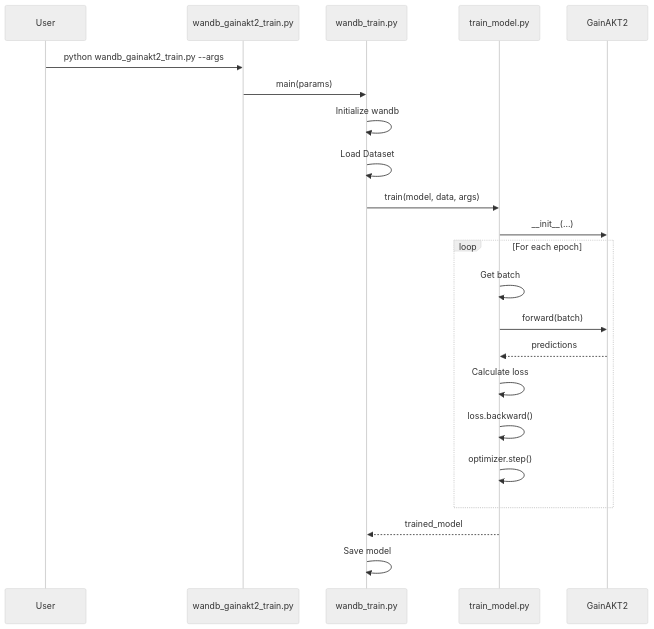
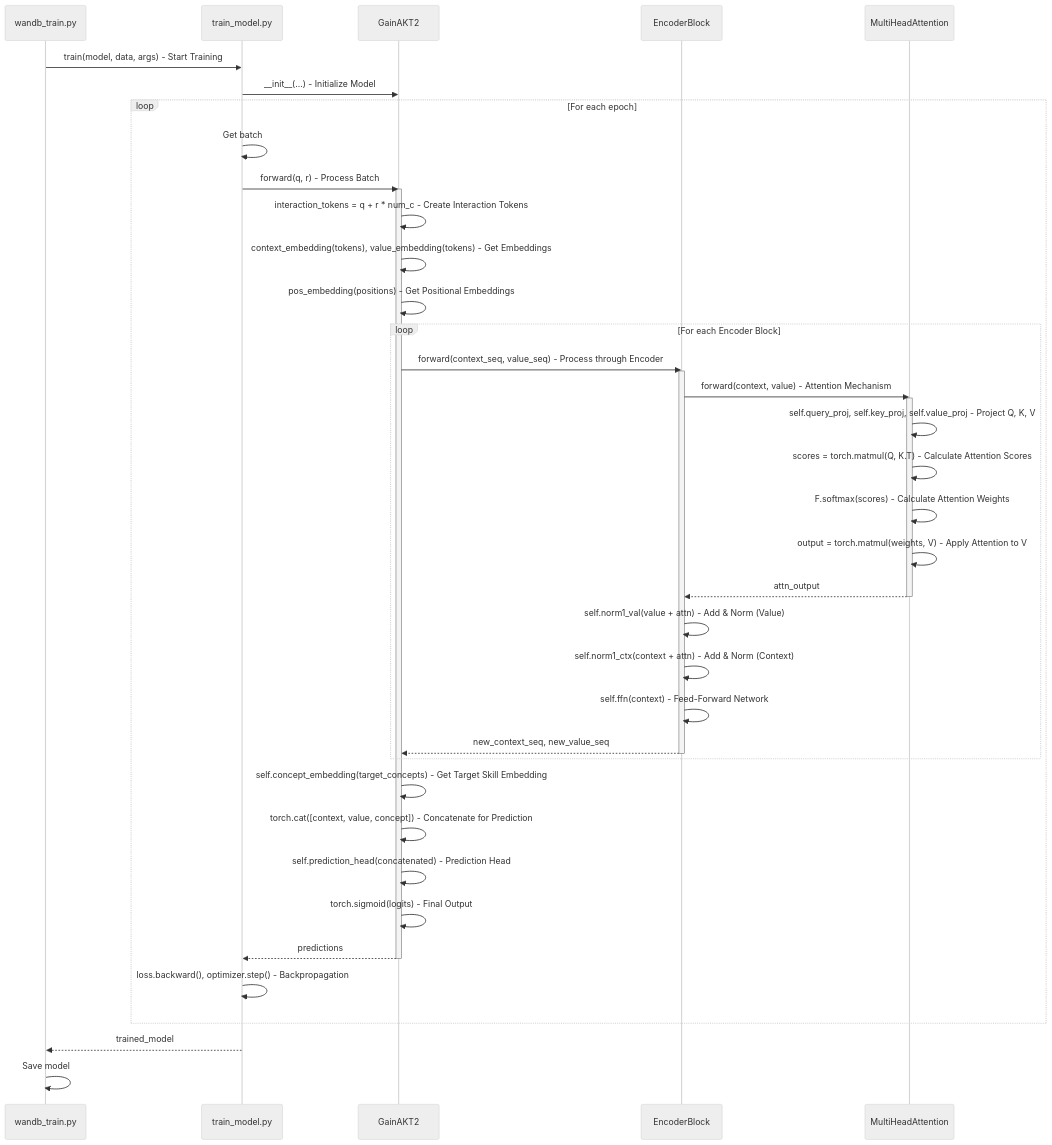
One commit to clabra/pykt-toolkit changed the fourth of 4 diagrams in assistant/newmodel.md. Above: the diagram before and after it, drawn with Mermaid (neutral theme). The commit also changed other lines of this file and 3 other files, not shown here.

Commit message:
doc: update of architecture and sequence diagrams

````diff
--- a/assistant/newmodel.md
+++ b/assistant/newmodel.md
@@ -755,25 +672,45 @@
 ```mermaid
 sequenceDiagram
-    participant User
-    participant wandb_gainakt2_train.py
     participant wandb_train.py
     participant train_model.py
     participant GainAKT2
+    participant EncoderBlock
+    participant MultiHeadAttention
 
-    User->>wandb_gainakt2_train.py: python wandb_gainakt2_train.py --args
-    wandb_gainakt2_train.py->>wandb_train.py: main(params)
-    wandb_train.py->>wandb_train.py: Initialize wandb
-    wandb_train.py->>wandb_train.py: Load Dataset
-    wandb_train.py->>train_model.py: train(model, data, args)
-    train_model.py->>GainAKT2: __init__(...)
+    wandb_train.py->>train_model.py: train(model, data, args) - Start Training
+    train_model.py->>GainAKT2: __init__(...) - Initialize Model
     loop For each epoch
         train_model.py->>train_model.py: Get batch
-        train_model.py->>GainAKT2: forward(batch)
+        train_model.py->>GainAKT2: forward(q, r) - Process Batch
+        activate GainAKT2
+        GainAKT2->>GainAKT2: interaction_tokens = q + r * num_c - Create Interaction Tokens
+        GainAKT2->>GainAKT2: context_embedding(tokens), value_embedding(tokens) - Get Embeddings
+        GainAKT2->>GainAKT2: pos_embedding(positions) - Get Positional Embeddings
+        loop For each Encoder Block
+            GainAKT2->>EncoderBlock: forward(context_seq, value_seq) - Process through Encoder
+            activate EncoderBlock
+            EncoderBlock->>MultiHeadAttention: forward(context, value) - Attention Mechanism
+            activate MultiHeadAttention
+            MultiHeadAttention->>MultiHeadAttention: self.query_proj, self.key_proj, self.value_proj - Project Q, K, V
+            MultiHeadAttention->>MultiHeadAttention: scores = torch.matmul(Q, K.T) - Calculate Attention Scores
+            MultiHeadAttention->>MultiHeadAttention: F.softmax(scores) - Calculate Attention Weights
+            MultiHeadAttention->>MultiHeadAttention: output = torch.matmul(weights, V) - Apply Attention to V
+            MultiHeadAttention-->>EncoderBlock: attn_output
+            deactivate MultiHeadAttention
+            EncoderBlock->>EncoderBlock: self.norm1_val(value + attn) - Add & Norm (Value)
+            EncoderBlock->>EncoderBlock: self.norm1_ctx(context + attn) - Add & Norm (Context)
+            EncoderBlock->>EncoderBlock: self.ffn(context) - Feed-Forward Network
+            EncoderBlock-->>GainAKT2: new_context_seq, new_value_seq
+            deactivate EncoderBlock
+        end
+        GainAKT2->>GainAKT2: self.concept_embedding(target_concepts) - Get Target Skill Embedding
+        GainAKT2->>GainAKT2: torch.cat([context, value, concept]) - Concatenate for Prediction
+        GainAKT2->>GainAKT2: self.prediction_head(concatenated) - Prediction Head
+        GainAKT2->>GainAKT2: torch.sigmoid(logits) - Final Output
         GainAKT2-->>train_model.py: predictions
-        train_model.py->>train_model.py: Calculate loss
-        train_model.py->>train_model.py: loss.backward()
-        train_model.py->>train_model.py: optimizer.step()
+        deactivate GainAKT2
+        train_model.py->>train_model.py: loss.backward(), optimizer.step() - Backpropagation
     end
     train_model.py-->>wandb_train.py: trained_model
     wandb_train.py->>wandb_train.py: Save model
 ```
````
